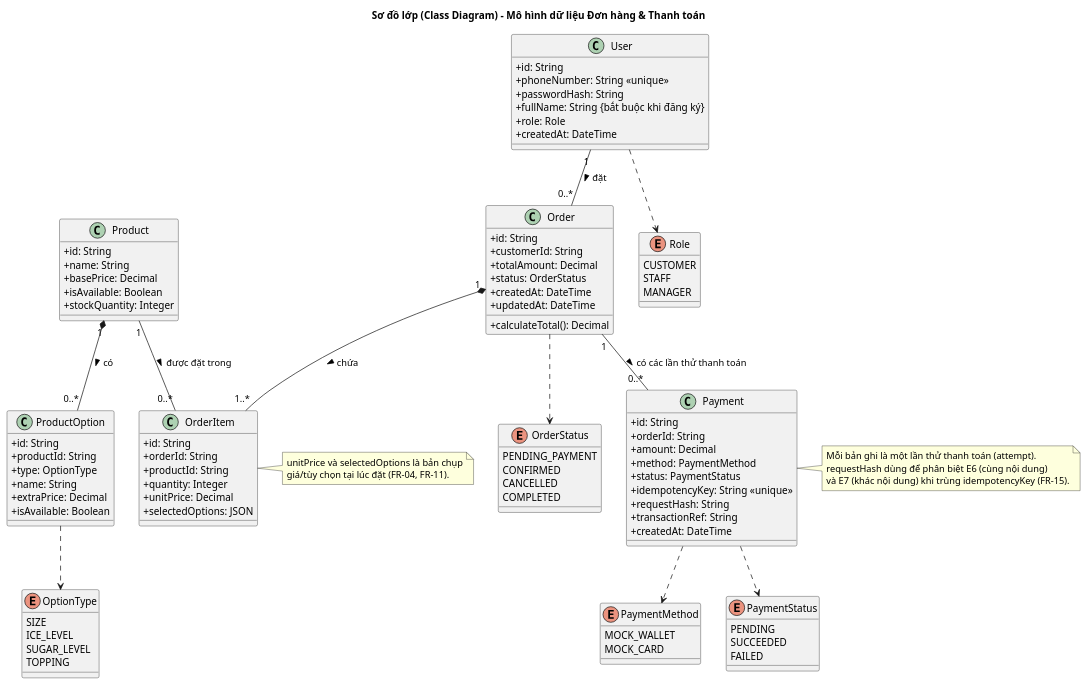
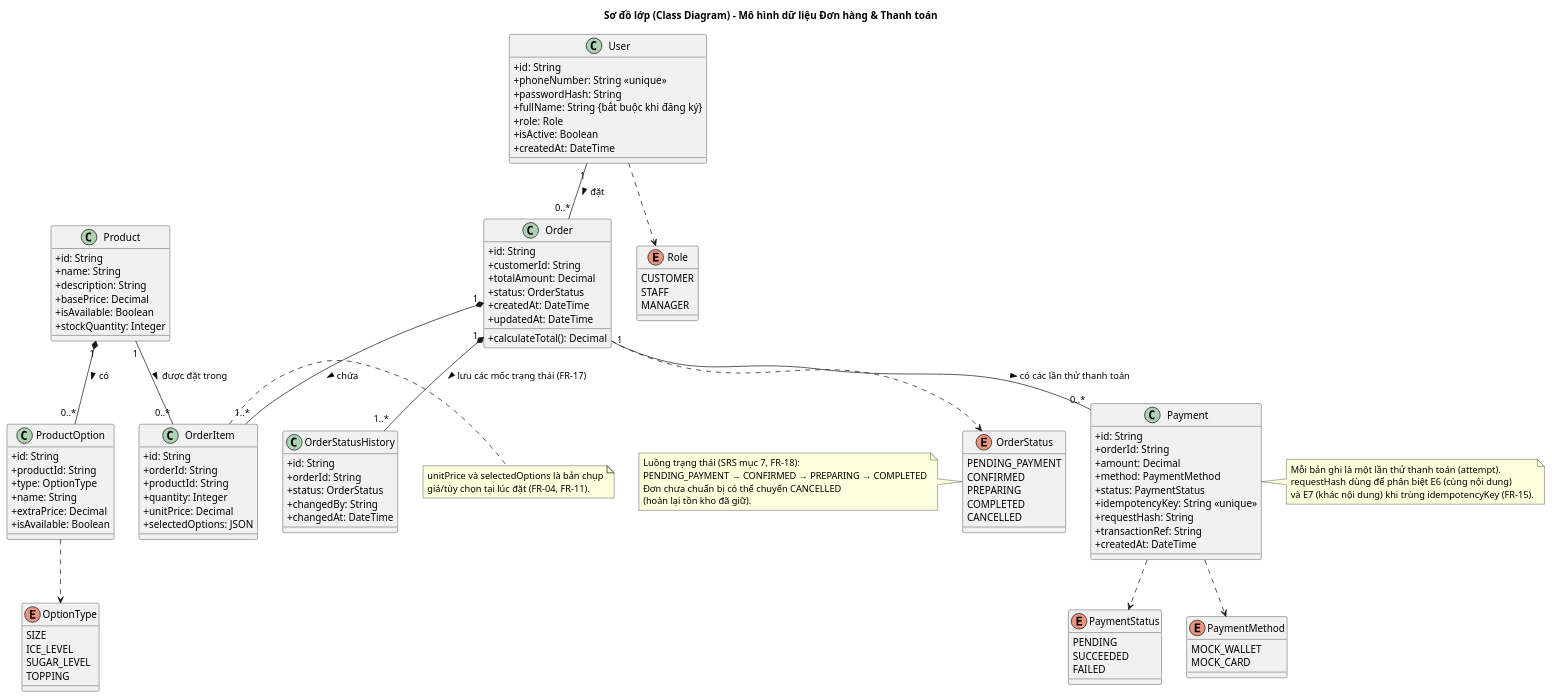
The diagram in docs/diagrams/class-model.puml (nguyenmintam23-z/BrewLite), drawn with PlantUML before and after one commit. The commit also changed 5 other files, not shown here.

```diff
--- a/docs/diagrams/class-model.puml
+++ b/docs/diagrams/class-model.puml
@@ -1,118 +1,137 @@
 @startuml Class_Diagram_Model
 skinparam classAttributeIconSize 0
 skinparam monochrome false
 
 title Sơ đồ lớp (Class Diagram) - Mô hình dữ liệu Đơn hàng & Thanh toán
 
 enum Role {
   CUSTOMER
   STAFF
   MANAGER
 }
 
 enum OrderStatus {
   PENDING_PAYMENT
   CONFIRMED
+  PREPARING
+  COMPLETED
   CANCELLED
-  COMPLETED
 }
 
 enum PaymentStatus {
   PENDING
   SUCCEEDED
   FAILED
 }
 
 enum PaymentMethod {
   MOCK_WALLET
   MOCK_CARD
 }
 
 enum OptionType {
   SIZE
   ICE_LEVEL
   SUGAR_LEVEL
   TOPPING
 }
 
 class User {
   +id: String
   +phoneNumber: String <<unique>>
   +passwordHash: String
   +fullName: String {bắt buộc khi đăng ký}
   +role: Role
+  +isActive: Boolean
   +createdAt: DateTime
 }
 
 class Product {
   +id: String
   +name: String
+  +description: String
   +basePrice: Decimal
   +isAvailable: Boolean
   +stockQuantity: Integer
 }
 
 class ProductOption {
   +id: String
   +productId: String
   +type: OptionType
   +name: String
   +extraPrice: Decimal
   +isAvailable: Boolean
 }
 
 class Order {
   +id: String
   +customerId: String
   +totalAmount: Decimal
   +status: OrderStatus
   +createdAt: DateTime
   +updatedAt: DateTime
   +calculateTotal(): Decimal
 }
 
 class OrderItem {
   +id: String
   +orderId: String
   +productId: String
   +quantity: Integer
   +unitPrice: Decimal
   +selectedOptions: JSON
 }
 
+class OrderStatusHistory {
+  +id: String
+  +orderId: String
+  +status: OrderStatus
+  +changedBy: String
+  +changedAt: DateTime
+}
+
 class Payment {
   +id: String
   +orderId: String
   +amount: Decimal
   +method: PaymentMethod
   +status: PaymentStatus
   +idempotencyKey: String <<unique>>
   +requestHash: String
   +transactionRef: String
   +createdAt: DateTime
 }
 
 note right of OrderItem
   unitPrice và selectedOptions là bản chụp
   giá/tùy chọn tại lúc đặt (FR-04, FR-11).
 end note
 
+note left of OrderStatus
+  Luồng trạng thái (SRS mục 7, FR-18):
+  PENDING_PAYMENT → CONFIRMED → PREPARING → COMPLETED
+  Đơn chưa chuẩn bị có thể chuyển CANCELLED
+  (hoàn lại tồn kho đã giữ).
+end note
+
 note right of Payment
   Mỗi bản ghi là một lần thử thanh toán (attempt).
   requestHash dùng để phân biệt E6 (cùng nội dung)
   và E7 (khác nội dung) khi trùng idempotencyKey (FR-15).
 end note
 
 ' Mối quan hệ giữa các thực thể
 User "1" -- "0..*" Order : đặt >
 Order "1" *-- "1..*" OrderItem : chứa >
 Product "1" -- "0..*" OrderItem : được đặt trong >
 Product "1" *-- "0..*" ProductOption : có >
 Order "1" -- "0..*" Payment : có các lần thử thanh toán >
+Order "1" *-- "1..*" OrderStatusHistory : lưu các mốc trạng thái (FR-17) >
 User ..> Role
 Order ..> OrderStatus
 Payment ..> PaymentStatus
 Payment ..> PaymentMethod
 ProductOption ..> OptionType
 
 @enduml
```
